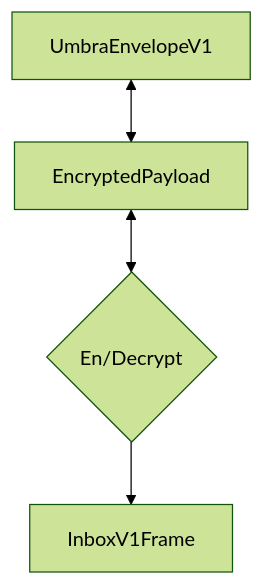
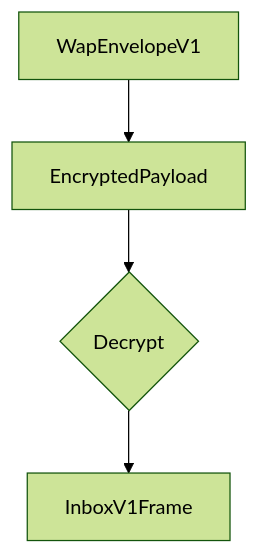
The diagram in standards/application/inbox.md (waku-org/specs), drawn with Mermaid (forest theme) before and after one commit.

Commit message:
Remove umbra references

````diff
--- a/standards/application/inbox.md
+++ b/standards/application/inbox.md
@@ -107,6 +107,6 @@
 ```mermaid 
 flowchart TD
-    UmbraEnvelopeV1 <--> EncryptedPayload
-    EncryptedPayload <--> D{En/Decrypt}
+    WapEnvelopeV1 --> EncryptedPayload
+    EncryptedPayload --> D{Decrypt}
     D --> InboxV1Frame
 ```
````
